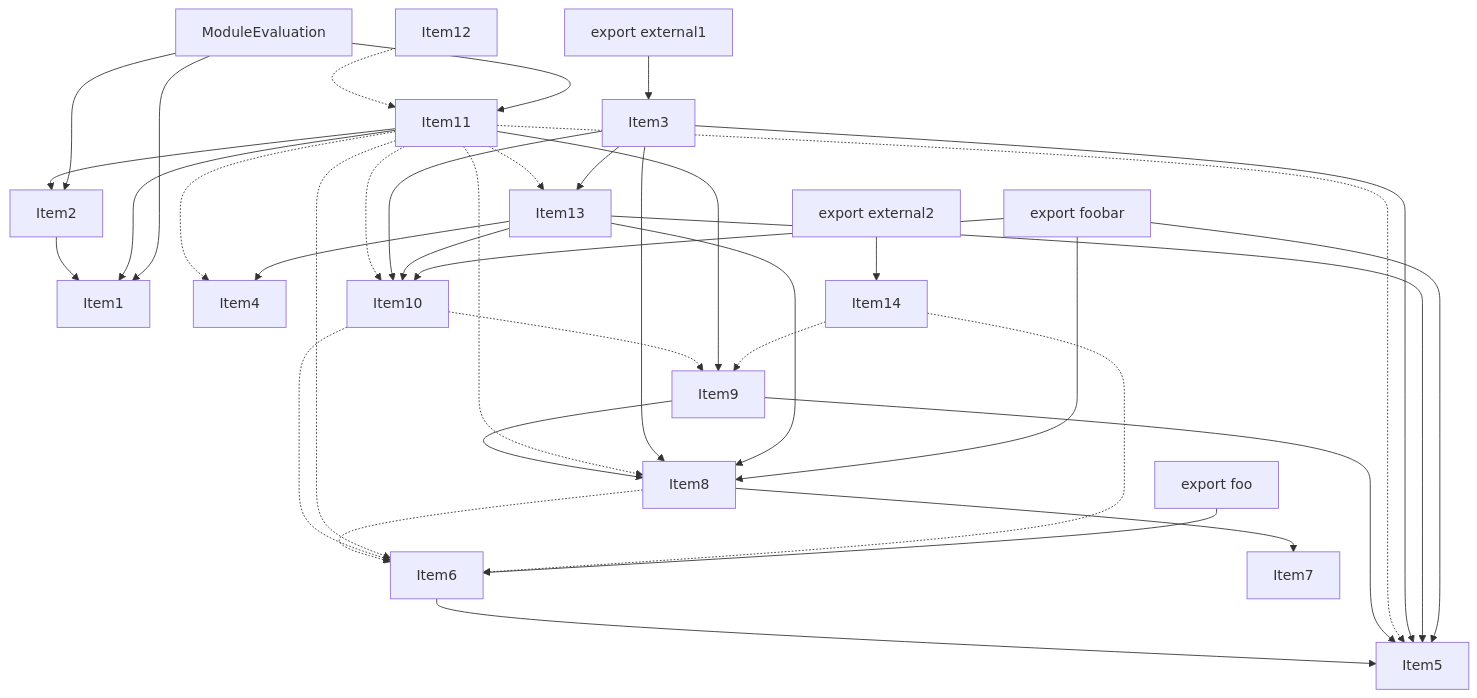
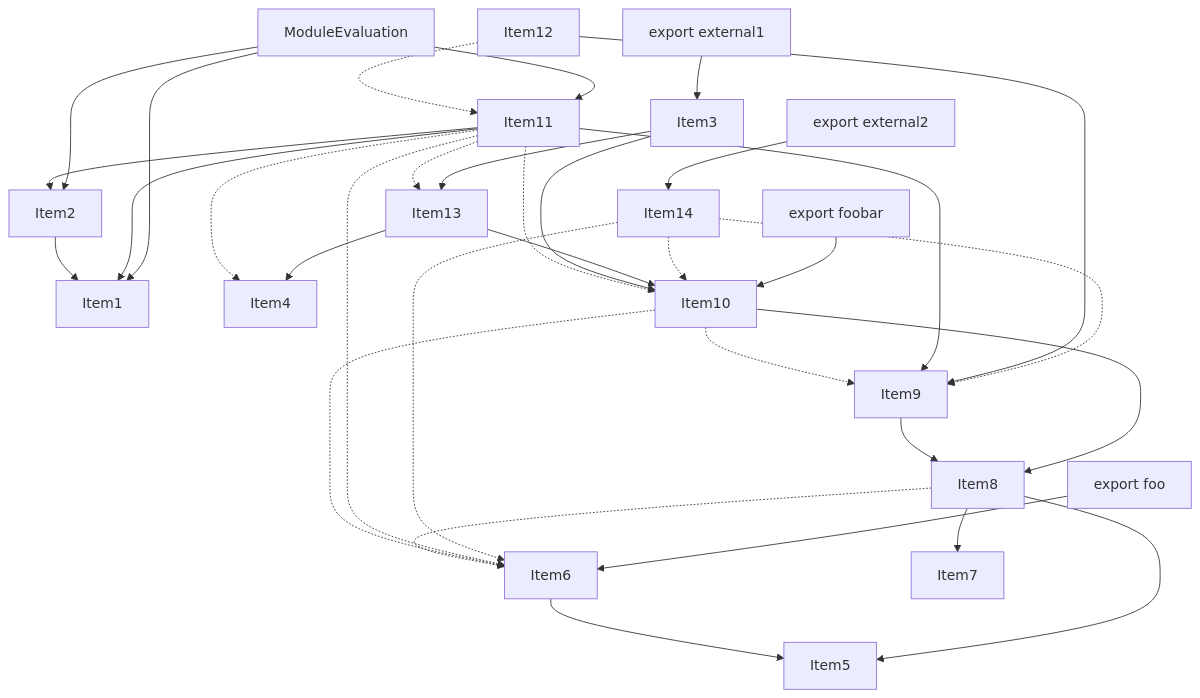
One commit to vercel/turborepo changed the fourth of 5 diagrams in crates/turbopack-ecmascript/tests/tree-shaker/analyzer/2/output.md. Above: the diagram before and after it, drawn with Mermaid. The commit also changed other lines of this file and 3 other files, not shown here.

````diff
--- a/crates/turbopack-ecmascript/tests/tree-shaker/analyzer/2/output.md
+++ b/crates/turbopack-ecmascript/tests/tree-shaker/analyzer/2/output.md
@@ -289,64 +288,59 @@
 ```mermaid
 graph TD
     Item3;
     Item1;
     Item4;
     Item5;
     Item6;
     Item7;
     Item8;
     Item9;
     Item10;
     Item11;
     Item12;
     Item13;
     Item14;
     Item2;
     Item15;
     Item15["ModuleEvaluation"];
     Item16;
     Item16["export external1"];
     Item17;
     Item17["export foobar"];
     Item18;
     Item18["export foo"];
     Item19;
     Item19["export external2"];
     Item2 --> Item1;
     Item6 --> Item5;
     Item8 --> Item7;
+    Item8 --> Item5;
     Item8 -.-> Item6;
-    Item9 --> Item5;
     Item9 --> Item8;
+    Item10 --> Item8;
     Item10 -.-> Item6;
     Item10 -.-> Item9;
     Item11 --> Item9;
     Item11 --> Item1;
     Item11 --> Item2;
     Item11 -.-> Item13;
-    Item11 -.-> Item5;
-    Item11 -.-> Item8;
     Item11 -.-> Item10;
     Item11 -.-> Item6;
     Item11 -.-> Item4;
+    Item12 --> Item9;
     Item12 -.-> Item11;
     Item3 --> Item13;
-    Item3 --> Item5;
-    Item3 --> Item8;
     Item3 --> Item10;
     Item13 --> Item4;
-    Item13 --> Item5;
-    Item13 --> Item8;
     Item13 --> Item10;
     Item14 -.-> Item6;
     Item14 -.-> Item9;
+    Item14 -.-> Item10;
     Item15 --> Item1;
     Item15 --> Item2;
     Item15 --> Item11;
     Item16 --> Item3;
-    Item17 --> Item5;
-    Item17 --> Item8;
     Item17 --> Item10;
     Item18 --> Item6;
     Item19 --> Item14;
 ```
````
